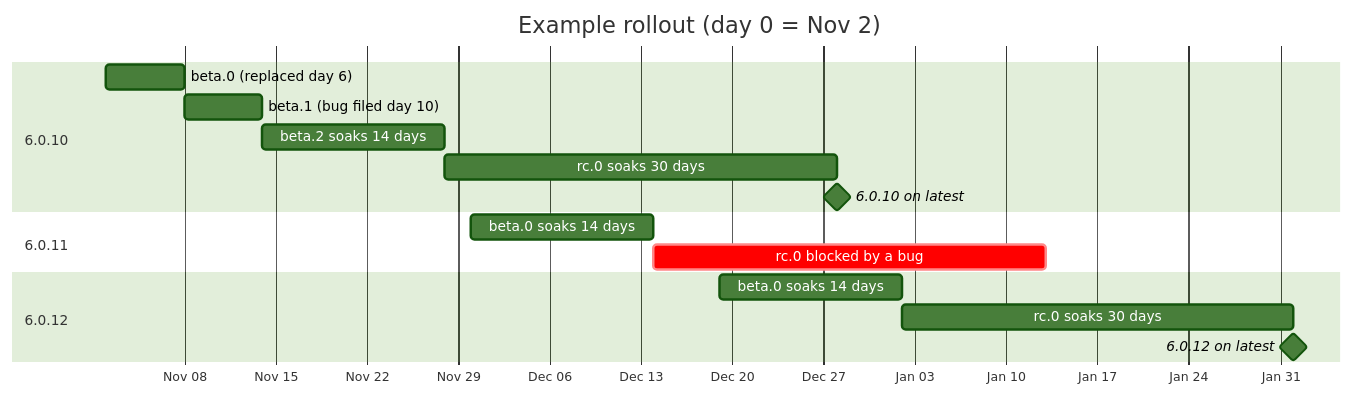
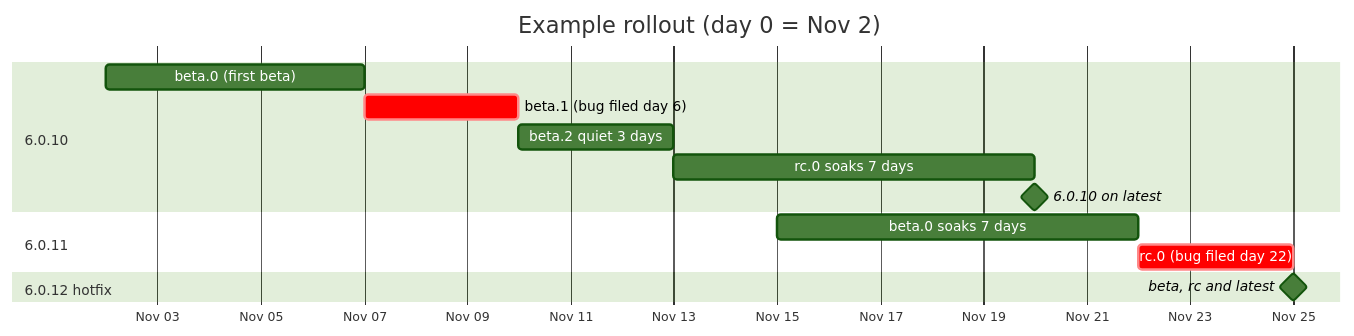
Before and after one commit to DomoApps/domo.js: the second of 2 diagrams in RELEASING.md, drawn with Mermaid (forest theme). The commit also changed other lines of this file and 10 other files, not shown here.

First line of the commit message:
ci: shorter soaks and a release:hotfix PR label

````diff
--- a/RELEASING.md
+++ b/RELEASING.md
@@ -51,19 +65,17 @@
 ```mermaid
 gantt
     title Example rollout (day 0 = Nov 2)
     dateFormat YYYY-MM-DD
     axisFormat %b %d
     section 6.0.10
-    beta.0 (replaced day 6)         :b0, 2026-11-02, 6d
-    beta.1 (bug filed day 10)       :b1, 2026-11-08, 6d
-    beta.2 soaks 14 days            :b2, 2026-11-14, 14d
-    rc.0 soaks 30 days              :r0, 2026-11-28, 30d
-    6.0.10 on latest                :milestone, g0, 2026-12-28, 0d
+    beta.0 (first beta)          :b0, 2026-11-02, 5d
+    beta.1 (bug filed day 6)     :crit, b1, 2026-11-07, 3d
+    beta.2 quiet 3 days          :b2, 2026-11-10, 3d
+    rc.0 soaks 7 days            :r0, 2026-11-13, 7d
+    6.0.10 on latest             :milestone, g0, 2026-11-20, 0d
     section 6.0.11
-    beta.0 soaks 14 days            :b11, 2026-11-30, 14d
-    rc.0 blocked by a bug           :crit, r11, 2026-12-14, 30d
-    section 6.0.12
-    beta.0 soaks 14 days            :b12, 2026-12-19, 14d
-    rc.0 soaks 30 days              :r12, 2027-01-02, 30d
-    6.0.12 on latest                :milestone, g12, 2027-02-01, 0d
+    beta.0 soaks 7 days          :b11, 2026-11-15, 7d
+    rc.0 (bug filed day 22)      :crit, r11, 2026-11-22, 3d
+    section 6.0.12 hotfix
+    beta, rc and latest          :milestone, g12, 2026-11-25, 0d
 ```
````
